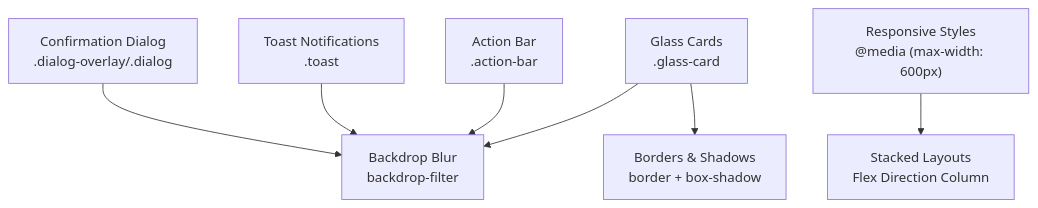
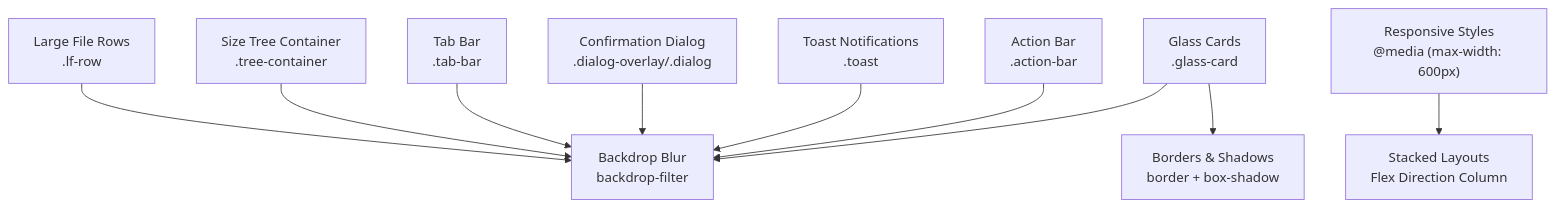
The ninth of 12 diagrams in .qoder/repowiki/en/content/Technical Implementation Details/Frontend Architecture (TypeScript)/Frontend Architecture (TypeScript).md (mrtruongleo/FreeSpaceMacos), drawn with Mermaid before and after one commit. The commit also changed other lines of this file and 31 other files, not shown here.

````diff
--- a/.qoder/repowiki/en/content/Technical Implementation Details/Frontend Architecture (TypeScript)/Frontend Architecture (TypeScript).md
+++ b/.qoder/repowiki/en/content/Technical Implementation Details/Frontend Architecture (TypeScript)/Frontend Architecture (TypeScript).md
@@ -259,9 +374,12 @@
 ```mermaid
 graph TB
 A["Glass Cards<br/>.glass-card"] --> B["Backdrop Blur<br/>backdrop-filter"]
 A --> C["Borders & Shadows<br/>border + box-shadow"]
 D["Action Bar<br/>.action-bar"] --> B
 E["Toast Notifications<br/>.toast"] --> B
 F["Confirmation Dialog<br/>.dialog-overlay/.dialog"] --> B
 G["Responsive Styles<br/>@media (max-width: 600px)"] --> H["Stacked Layouts<br/>Flex Direction Column"]
+I["Tab Bar<br/>.tab-bar"] --> B
+J["Size Tree Container<br/>.tree-container"] --> B
+K["Large File Rows<br/>.lf-row"] --> B
 ```
````
